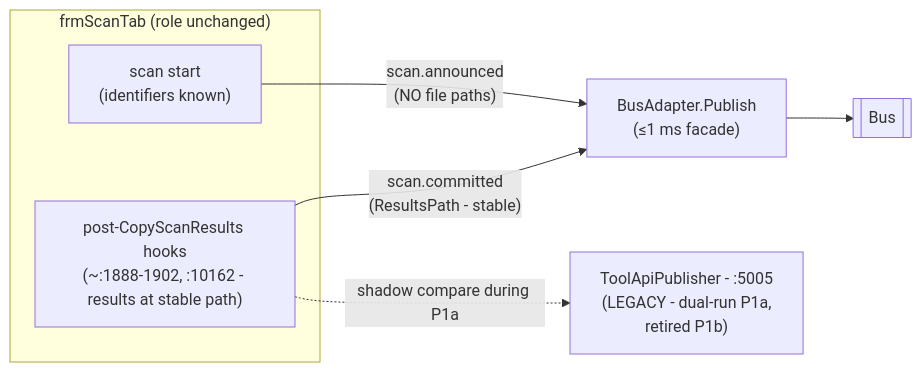
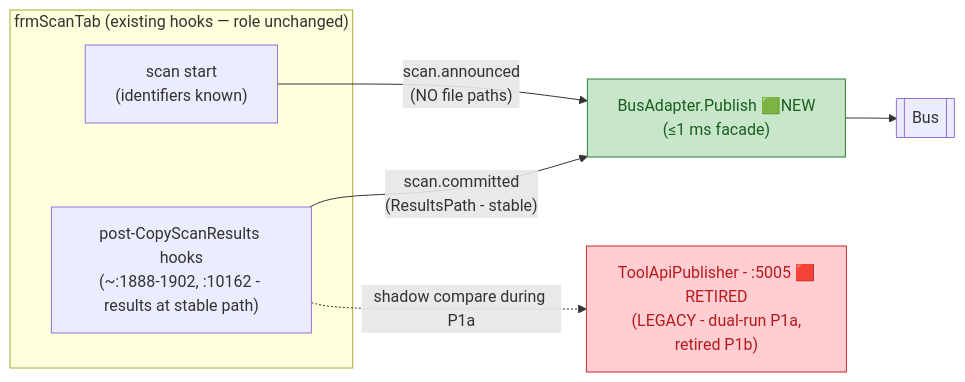
The sixth of 7 diagrams in stage/02-aoi-architecture.md (amitA-camtek/bus_gateway), drawn with Mermaid before and after one commit. The commit also changed other lines of this file and 11 other files, not shown here.

````diff
--- a/stage/02-aoi-architecture.md
+++ b/stage/02-aoi-architecture.md
@@ -377,15 +399,20 @@
 ```mermaid
 flowchart LR
-    subgraph ST["frmScanTab (role unchanged)"]
+    subgraph ST["frmScanTab (existing hooks — role unchanged)"]
         H1["scan start\n(identifiers known)"]
         H2["post-CopyScanResults hooks\n(~:1888-1902, :10162 - results at stable path)"]
     end
-    BA2["BusAdapter.Publish\n(≤1 ms facade)"]
-    OLD["ToolApiPublisher - :5005\n(LEGACY - dual-run P1a,\nretired P1b)"]
+    BA2["BusAdapter.Publish 🟩NEW\n(≤1 ms facade)"]
+    OLD["ToolApiPublisher - :5005 🟥RETIRED\n(LEGACY - dual-run P1a,\nretired P1b)"]
     BUS2[["Bus"]]
 
     H1 -->|"scan.announced\n(NO file paths)"| BA2
     H2 -->|"scan.committed\n(ResultsPath - stable)"| BA2
     H2 -.->|"shadow compare during P1a"| OLD
     BA2 --> BUS2
+
+    classDef new fill:#C8E6C9,stroke:#2E7D32,color:#1B5E20;
+    classDef retire fill:#FFCDD2,stroke:#C62828,color:#B71C1C;
+    class BA2 new;
+    class OLD retire;
 ```
````
